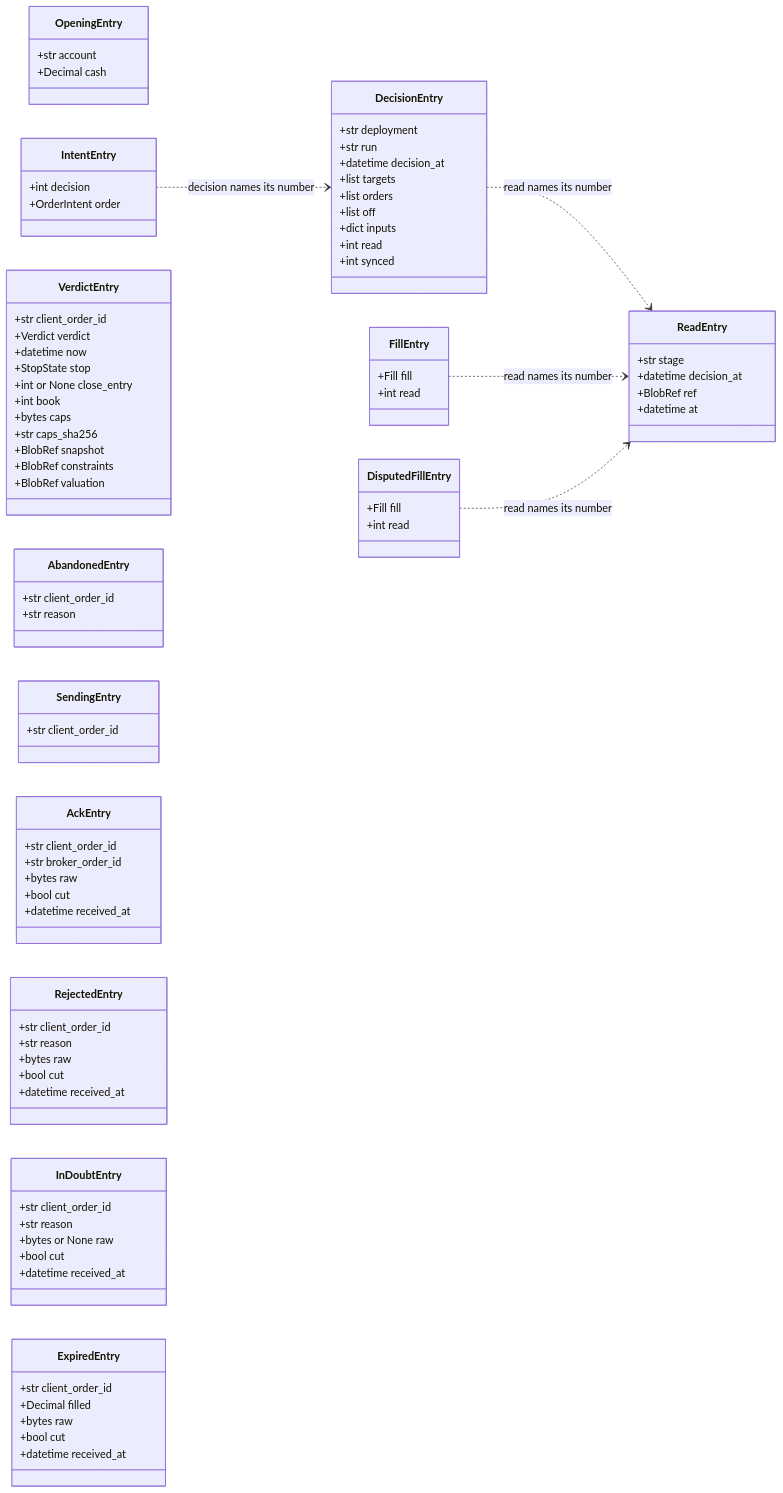
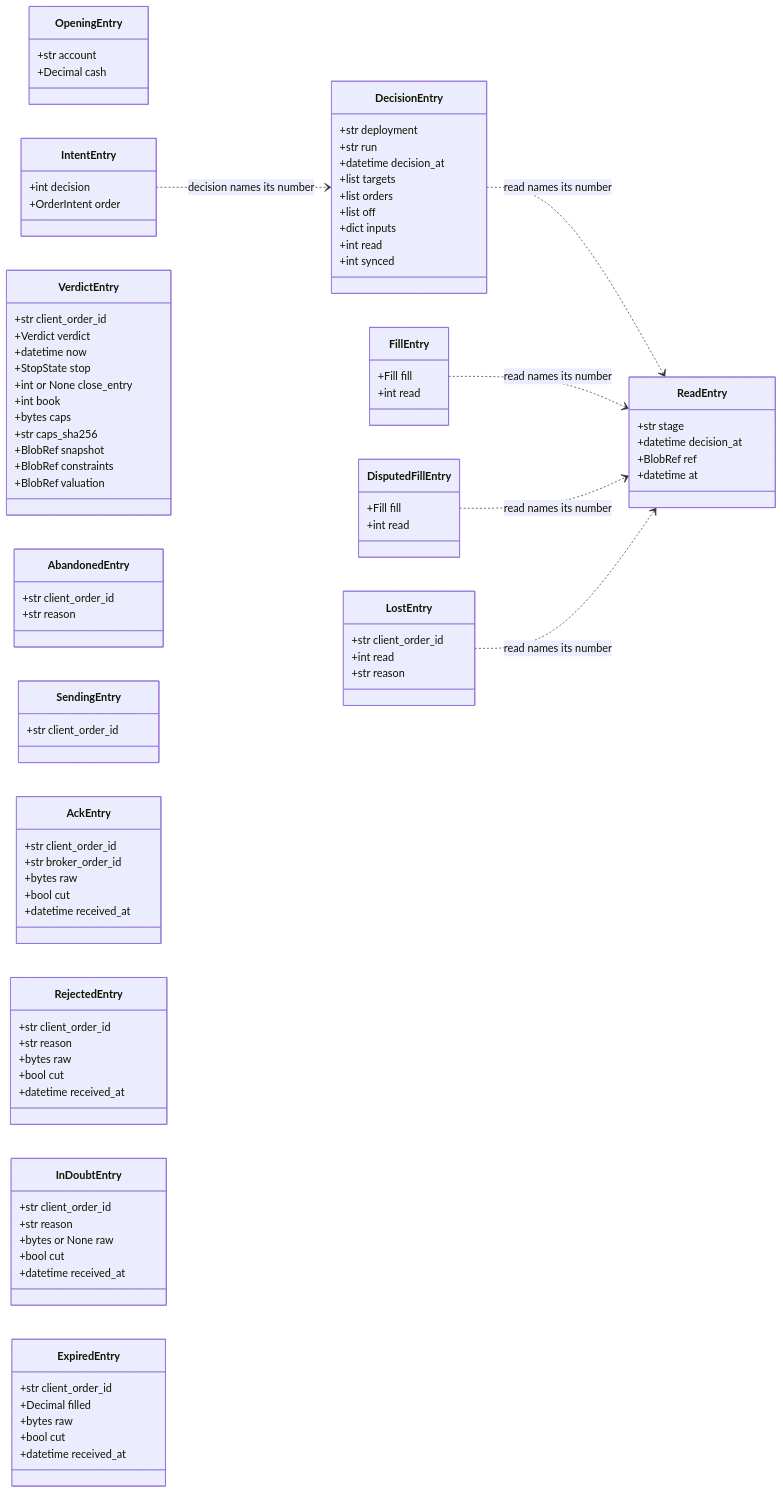
The fifth of 11 diagrams in docs/architecture/05-building-blocks.md (l3a0/ithildin-runtime), drawn with Mermaid before and after one commit. The commit also changed 25 other files, not shown here.

````diff
--- a/docs/architecture/05-building-blocks.md
+++ b/docs/architecture/05-building-blocks.md
@@ -1018,6 +1018,11 @@
         +bool cut
         +datetime received_at
     }
+    class LostEntry {
+        +str client_order_id
+        +int read
+        +str reason
+    }
     class FillEntry {
         +Fill fill
         +int read
@@ -1038,4 +1043,5 @@
     IntentEntry ..> DecisionEntry : decision names its number
     FillEntry ..> ReadEntry : read names its number
     DisputedFillEntry ..> ReadEntry : read names its number
+    LostEntry ..> ReadEntry : read names its number
 ```
````
